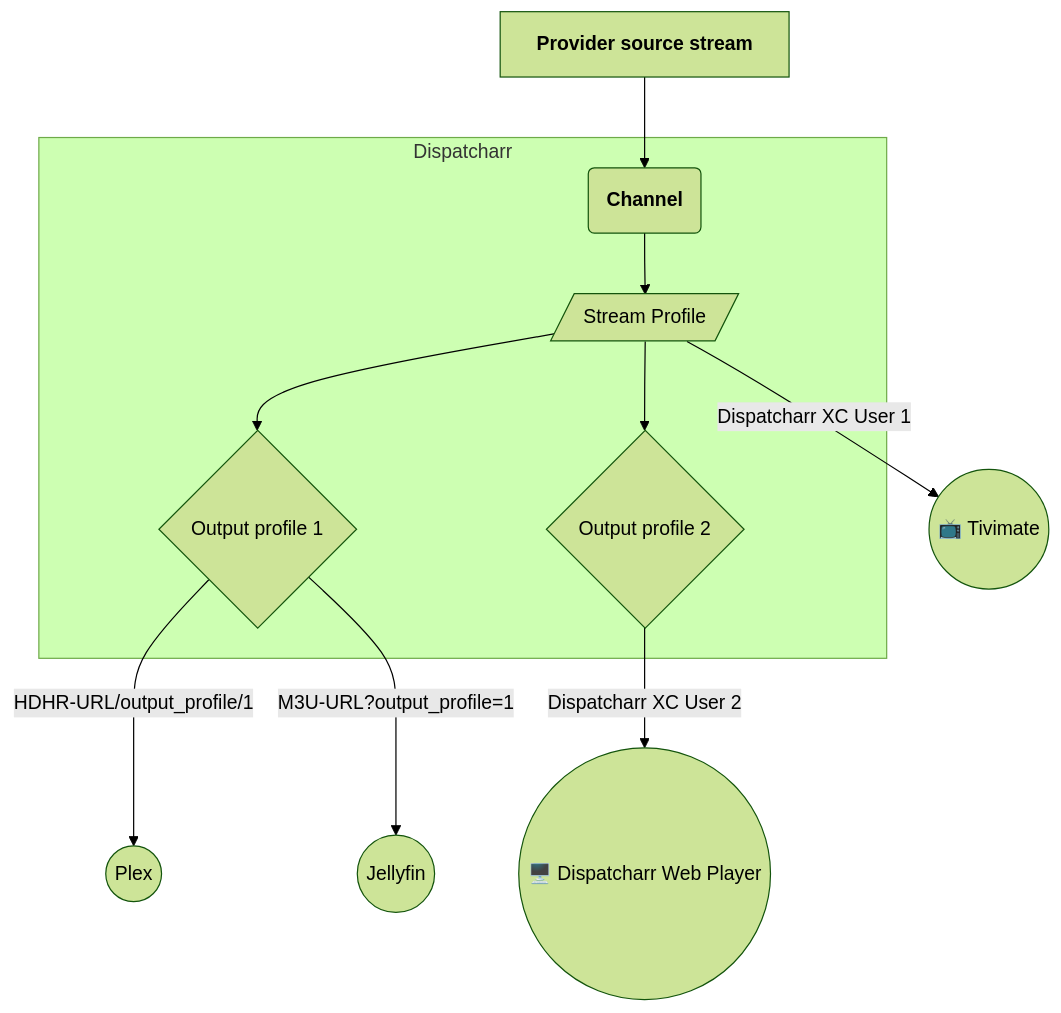
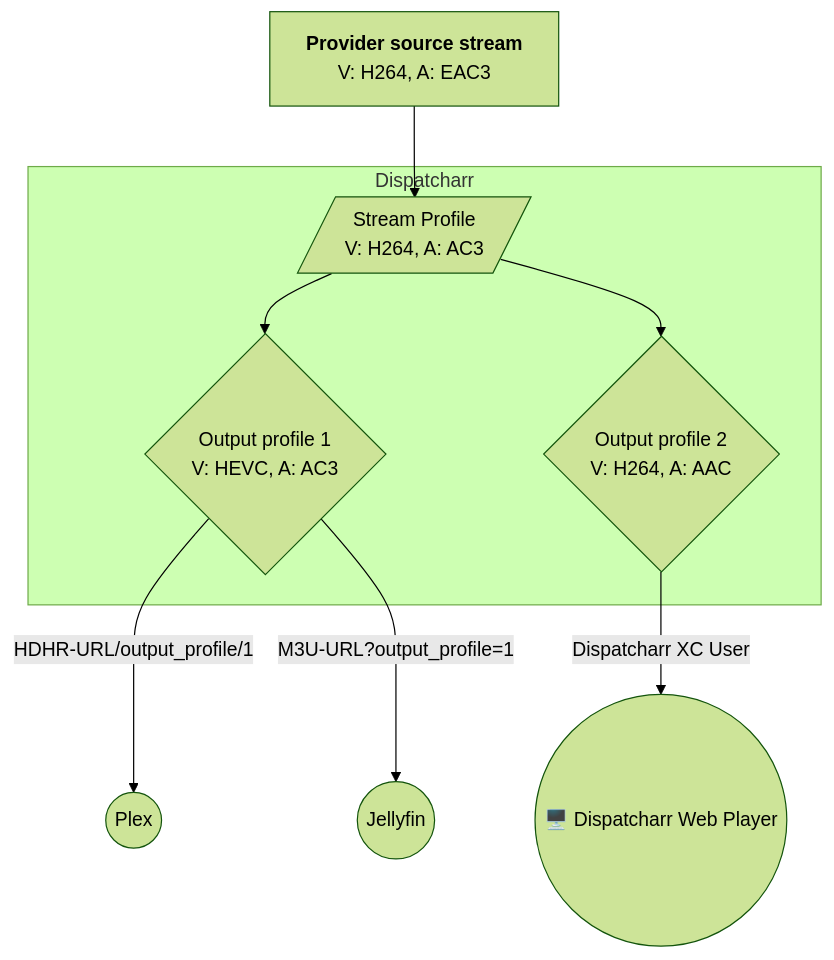
Before and after one commit to Dispatcharr/Dispatcharr-Docs: the second of 2 diagrams in docs/en/system.md, drawn with Mermaid (forest theme). The commit also changed other lines of this file and 1 other file, not shown here.

Commit message:
Split output and stream profile mermaid charts

````diff
--- a/docs/en/system.md
+++ b/docs/en/system.md
@@ -174,17 +188,13 @@
 ```mermaid
-flowchart TD
-    PR["`**Provider source stream**`"] --> CH("`**Channel**`")
-        subgraph D["Dispatcharr"]
-          CH
-          SP
-          OU
-          OU2
-        end
-    CH --> SP[/Stream Profile/] 
-    SP -->|Dispatcharr XC User 1| CTI((" 📺 Tivimate"))
-    SP --> OU{Output profile 1}
-    SP --> OU2{Output profile 2}
-    OU -->|HDHR-URL/output_profile/1| CPL((Plex))
-    OU -->|M3U-URL?output_profile=1| CJE((Jellyfin))
-    OU2 -->|Dispatcharr XC User 2| CDW((" 🖥️ Dispatcharr Web Player"))
+flowchart TB
+ subgraph D["Dispatcharr"]
+        SP[/"Stream Profile <br> V: H264, A: AC3"/]
+        OU{"Output profile 1 <br> V: HEVC, A: AC3"}
+        OU2{"Output profile 2 <br> V: H264, A: AAC"}
+  end
+    SP --> OU & OU2
+    OU -- "HDHR-URL/output_profile/1" --> CPL(("Plex"))
+    OU -- "M3U-URL?output_profile=1" --> CJE(("Jellyfin"))
+    OU2 -- Dispatcharr XC User --> CDW(("🖥️ Dispatcharr Web Player"))
+    PR["`**Provider source stream** <br> V: H264, A: EAC3`"] --> SP
 ```
````
